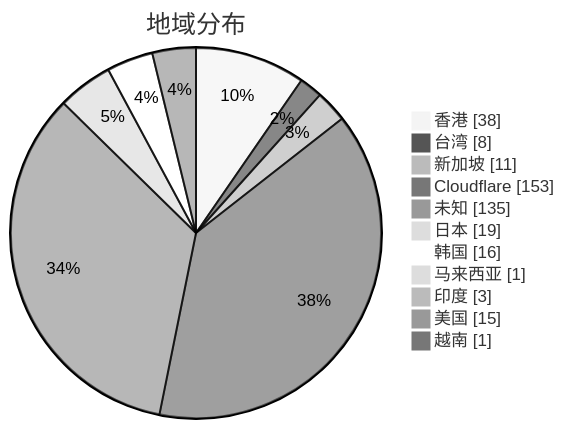
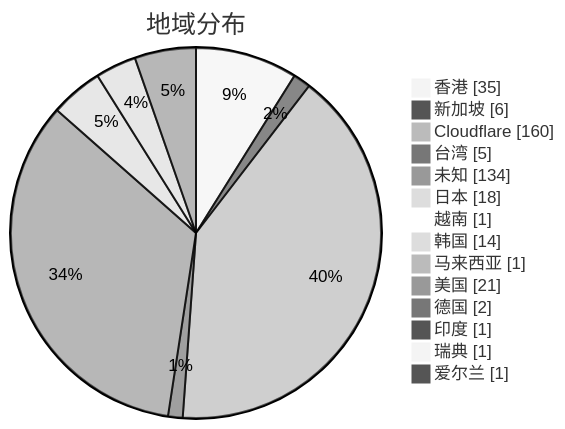
The second of 3 diagrams in subs/statistics/tested_within.md (qjlxg/airport), drawn with Mermaid (neutral theme) before and after one commit. The commit also changed other lines of this file and 2 other files, not shown here.

````diff
--- a/subs/statistics/tested_within.md
+++ b/subs/statistics/tested_within.md
@@ -14,15 +13,18 @@
 ```mermaid
 pie showData
 title 地域分布
-"香港" : 38
-"台湾" : 8
-"新加坡" : 11
-"Cloudflare" : 153
-"未知" : 135
-"日本" : 19
-"韩国" : 16
+"香港" : 35
+"新加坡" : 6
+"Cloudflare" : 160
+"台湾" : 5
+"未知" : 134
+"日本" : 18
+"越南" : 1
+"韩国" : 14
 "马来西亚" : 1
-"印度" : 3
-"美国" : 15
-"越南" : 1
+"美国" : 21
+"德国" : 2
+"印度" : 1
+"瑞典" : 1
+"爱尔兰" : 1
 ```
````
